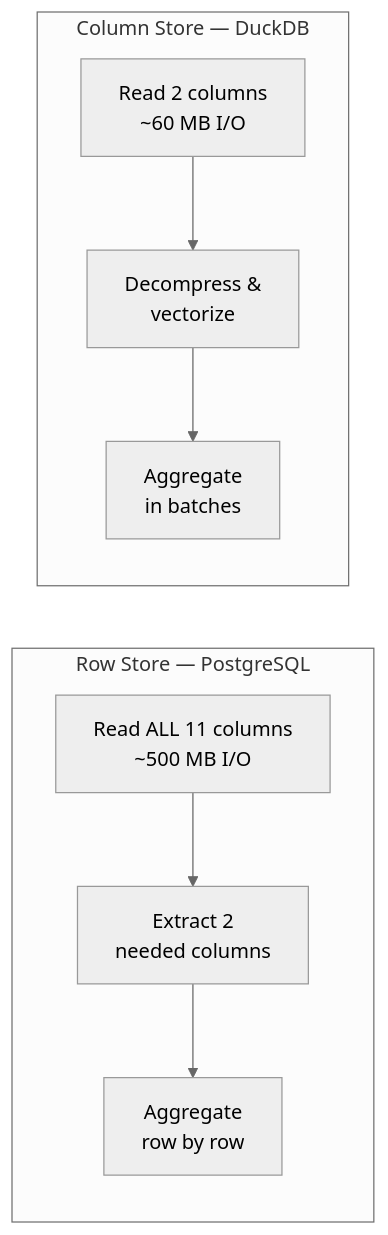
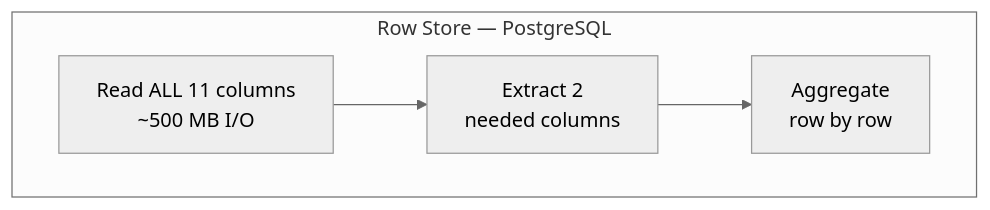
The third of 5 diagrams in week_08/w08_l16_concept_query_performance.md (devomh/comp4098-2026), drawn with Mermaid (neutral theme) before and after one commit. The commit also changed other lines of this file and 2 other files, not shown here.

Commit message:
Lesson 16 adjustments

````diff
--- a/week_08/w08_l16_concept_query_performance.md
+++ b/week_08/w08_l16_concept_query_performance.md
@@ -188,12 +189,7 @@
 ```mermaid
-graph LR
+graph TB
     subgraph "Row Store — PostgreSQL"
         R1["Read ALL 11 columns<br/>~500 MB I/O"] --> R2["Extract 2<br/>needed columns"]
         R2 --> R3["Aggregate<br/>row by row"]
     end
-
-    subgraph "Column Store — DuckDB"
-        C1["Read 2 columns<br/>~60 MB I/O"] --> C2["Decompress &<br/>vectorize"]
-        C2 --> C3["Aggregate<br/>in batches"]
-    end
 ```
````
